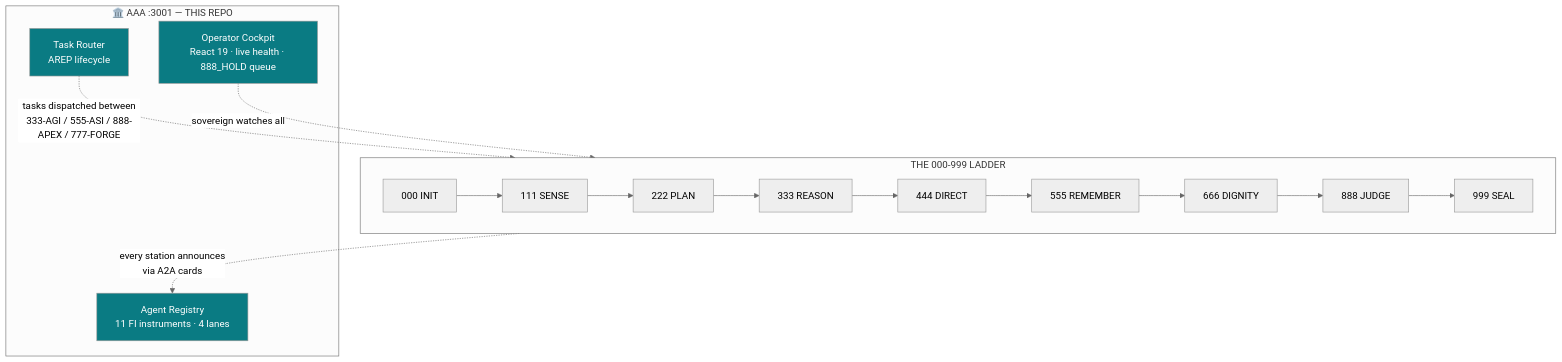
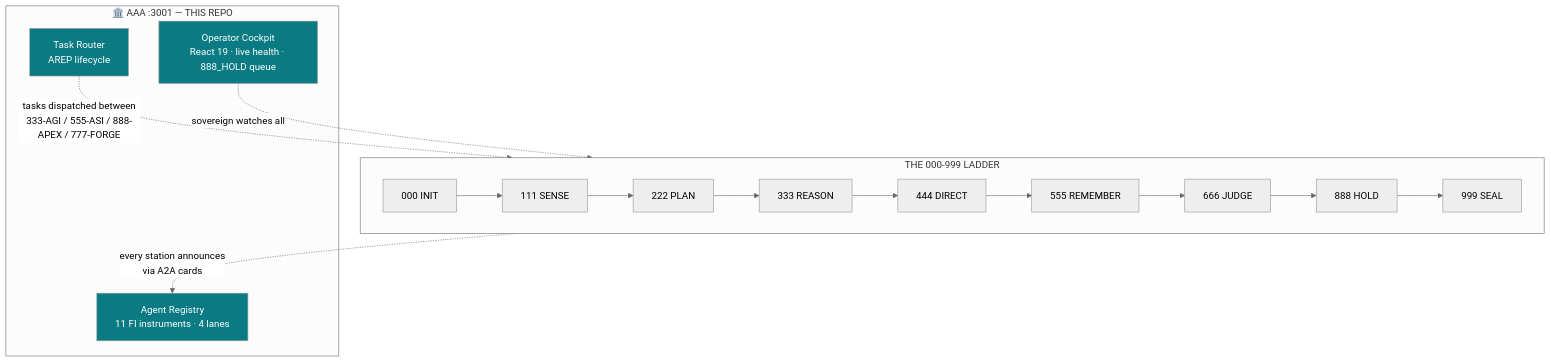
Before and after one commit to ariffazil/AAA: the diagram in README.md, drawn with Mermaid (neutral theme). The commit also changed other lines of this file, not shown here.

````diff
--- a/README.md
+++ b/README.md
@@ -54,20 +54,20 @@
 ```mermaid
 flowchart TB
     subgraph Ladder["THE 000-999 LADDER"]
         direction LR
         S000["000 INIT"] --> S111["111 SENSE"] --> S222["222 PLAN"] --> S333["333 REASON"]
-        S333 --> S444["444 DIRECT"] --> S555["555 REMEMBER"] --> S666["666 DIGNITY"]
-        S666 --> S888["888 JUDGE"] --> S999["999 SEAL"]
+        S333 --> S444["444 DIRECT"] --> S555["555 REMEMBER"] --> S666["666 JUDGE"]
+        S666 --> S888["888 HOLD"] --> S999["999 SEAL"]
     end
     subgraph AAAPlane["🏛️ AAA :3001 — THIS REPO"]
         REG["Agent Registry<br/>11 FI instruments · 4 lanes"]
         ROUTE2["Task Router<br/>AREP lifecycle"]
         COCK["Operator Cockpit<br/>React 19 · live health · 888_HOLD queue"]
     end
     Ladder -.->|"every station announces<br/>via A2A cards"| REG
     ROUTE2 -.->|"tasks dispatched between<br/>333-AGI / 555-ASI / 888-APEX / 777-FORGE"| Ladder
     COCK -.->|"sovereign watches all"| Ladder
     style REG fill:#0a7b83,color:#fff
     style ROUTE2 fill:#0a7b83,color:#fff
     style COCK fill:#0a7b83,color:#fff
 ```
````
